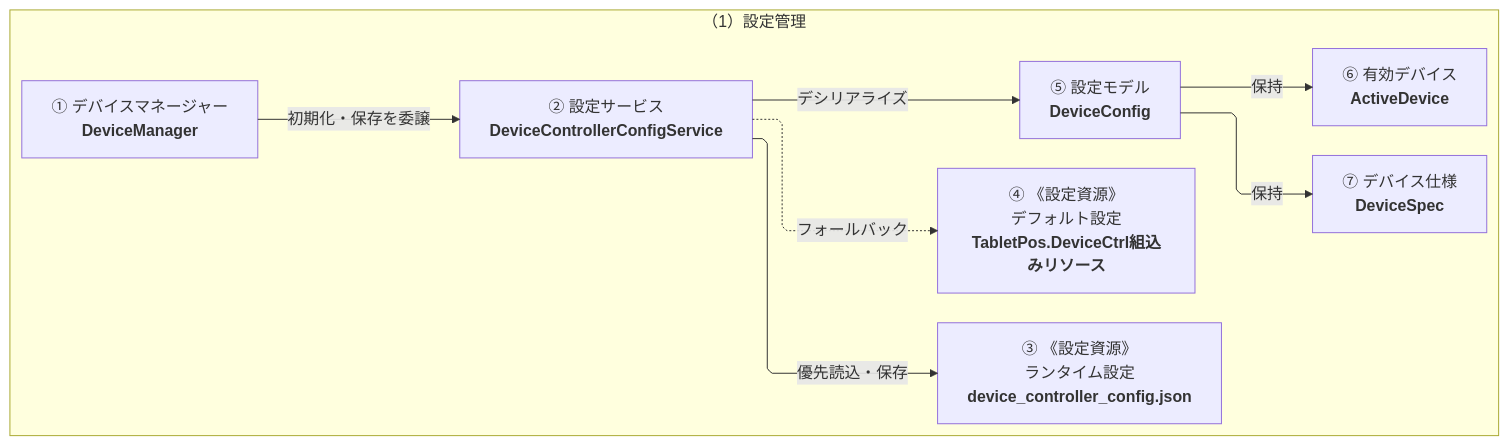
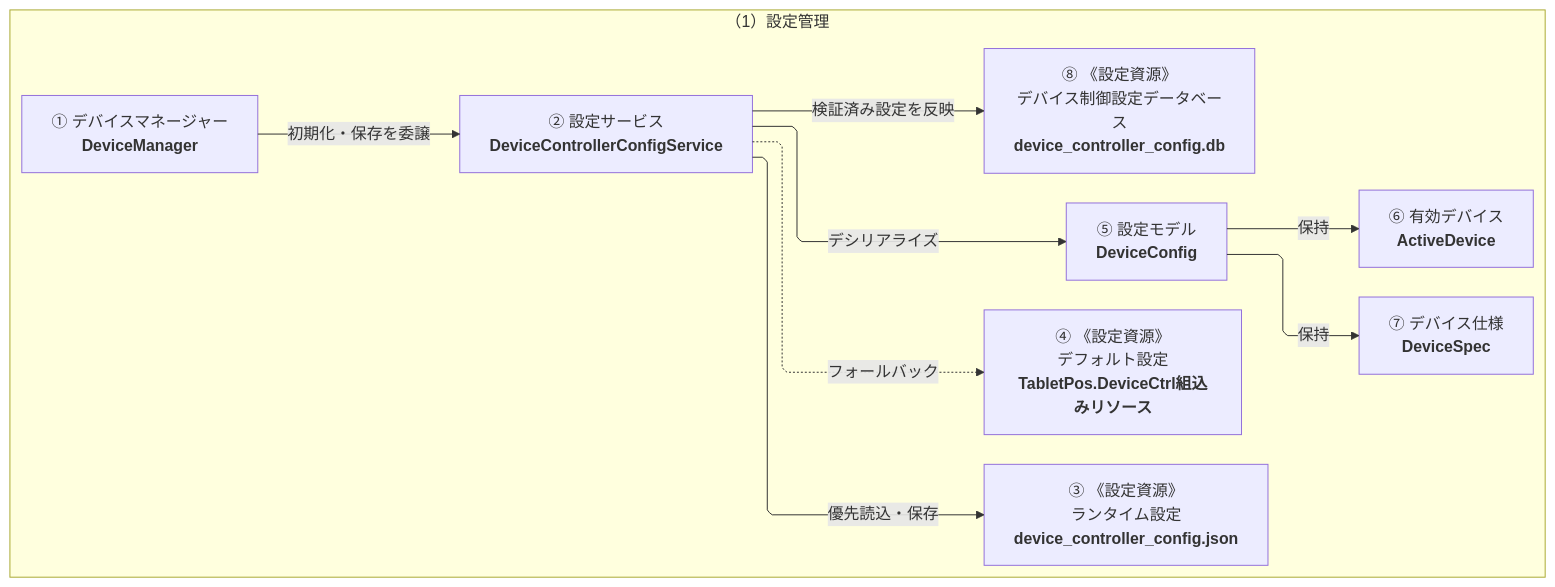
Before and after one commit to vti-sam/smj-ks-pos-stored: the second of 3 diagrams in artifacts/reports/architecture/ARCH-DEVICE-01_次世代POS_デバイス制御クラス構成図/ARCH-DEVICE-01_次世代POS_デバイス制御クラス構成図.md, drawn with Mermaid. The commit also changed other lines of this file and 13 other files, not shown here.

````diff
--- a/artifacts/reports/architecture/ARCH-DEVICE-01_次世代POS_デバイス制御クラス構成図/ARCH-DEVICE-01_次世代POS_デバイス制御クラス構成図.md
+++ b/artifacts/reports/architecture/ARCH-DEVICE-01_次世代POS_デバイス制御クラス構成図/ARCH-DEVICE-01_次世代POS_デバイス制御クラス構成図.md
@@ -276,41 +278,43 @@
 ```mermaid
 ---
 config:
   layout: elk
   elk:
     mergeEdges: false
     nodePlacementStrategy: BRANDES_KOEPF
     cycleBreakingStrategy: GREEDY
   flowchart:
     curve: linear
     nodeSpacing: 26
     rankSpacing: 50
 ---
 flowchart LR
     %% diagram-profile=logical-architecture
 %% legend-bind container.CONFIG_DOMAIN=デバイス制御領域
     %% legend-bind class.classNode=クラス
     %% legend-bind class.artifactNode=《設定資源》
     %% legend-bind edge.default=━━▶ 主な関係
     %% legend-bind edge.dashed=┄┄▶ 補助関係
     %% legend-bind label=コネクターラベル
     subgraph CONFIG_DOMAIN["（1）設定管理"]
         MANAGER["① デバイスマネージャー<br/><b>DeviceManager</b>"]
         CONFIG["② 設定サービス<br/><b>DeviceControllerConfigService</b>"]
         RUNTIME["③ 《設定資源》<br/>ランタイム設定<br/><b>device_controller_config.json</b>"]
         DEFAULT["④ 《設定資源》<br/>デフォルト設定<br/><b>TabletPos.DeviceCtrl組込みリソース</b>"]
         MODEL["⑤ 設定モデル<br/><b>DeviceConfig</b>"]
         ACTIVE["⑥ 有効デバイス<br/><b>ActiveDevice</b>"]
         SPEC["⑦ デバイス仕様<br/><b>DeviceSpec</b>"]
+        DATABASE["⑧ 《設定資源》<br/>デバイス制御設定データベース<br/><b>device_controller_config.db</b>"]
 
         MANAGER -->|初期化・保存を委譲| CONFIG
         CONFIG -->|優先読込・保存| RUNTIME
         CONFIG -.->|フォールバック| DEFAULT
         CONFIG -->|デシリアライズ| MODEL
+        CONFIG -->|検証済み設定を反映| DATABASE
         MODEL -->|保持| ACTIVE
         MODEL -->|保持| SPEC
     end
 
     class MANAGER,CONFIG,MODEL,ACTIVE,SPEC classNode
-    class RUNTIME,DEFAULT artifactNode
+    class RUNTIME,DEFAULT,DATABASE artifactNode
 ```
````
